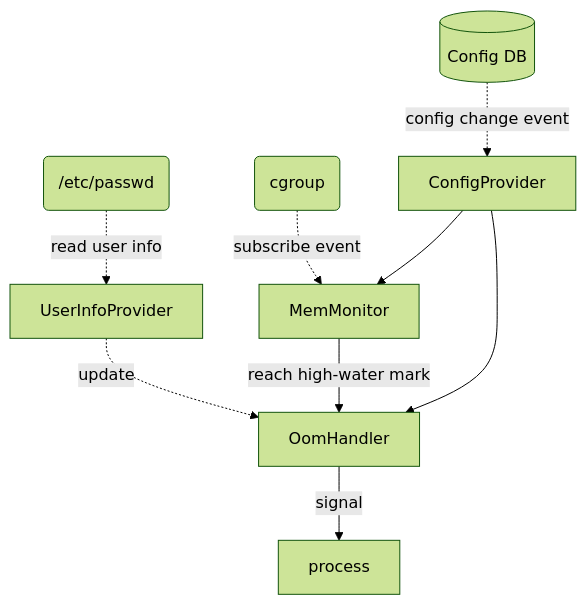
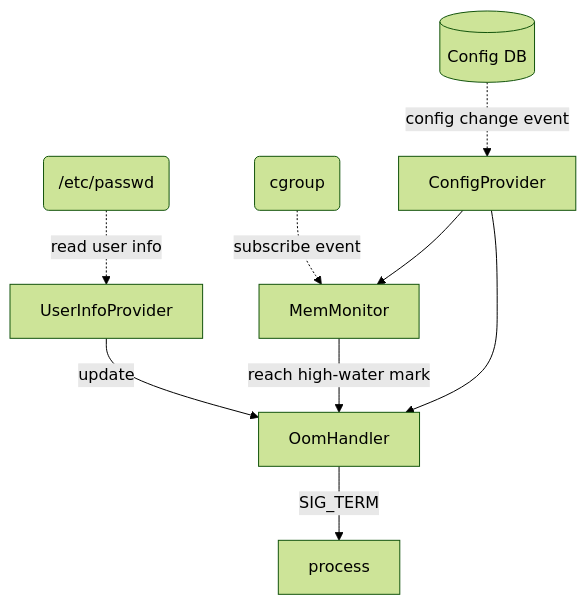
Before and after one commit to sonic-net/SONiC: the second of 2 diagrams in doc/oomd/SONiC OOM daemon.md, drawn with Mermaid (forest theme). The commit also changed other lines of this file and 3 other files, not shown here.

````diff
--- a/doc/oomd/SONiC OOM daemon.md
+++ b/doc/oomd/SONiC OOM daemon.md
@@ -114,19 +114,19 @@
 ```mermaid
 graph TD;
 %% USER information provider response for get user information from /etc/passwd
 passwd(/etc/passwd) -. read user info .-> userinfoprovider[UserInfoProvider];
-userinfoprovider -. update .-> oomhandler[OomHandler];
+userinfoprovider -- update --> oomhandler[OomHandler];
 
 %% Memory monitor response for minitor memory utilzation
 cgroup(cgroup) -. subscribe event .-> memmonitor[MemMonitor]
 memmonitor -- reach high-water mark --> oomhandler[OomHandler]
 
 %% Config provider response for monitor and get latest OOMD config
 confdb[(Config DB)] -. config change event .-> confprovider[ConfigProvider]
 confprovider --> memmonitor
 confprovider --> oomhandler
 
 %% OOM handler will terminate process
-oomhandler -- signal--> process[process]
+oomhandler -- SIG_TERM--> process[process]
 
 ```
````
